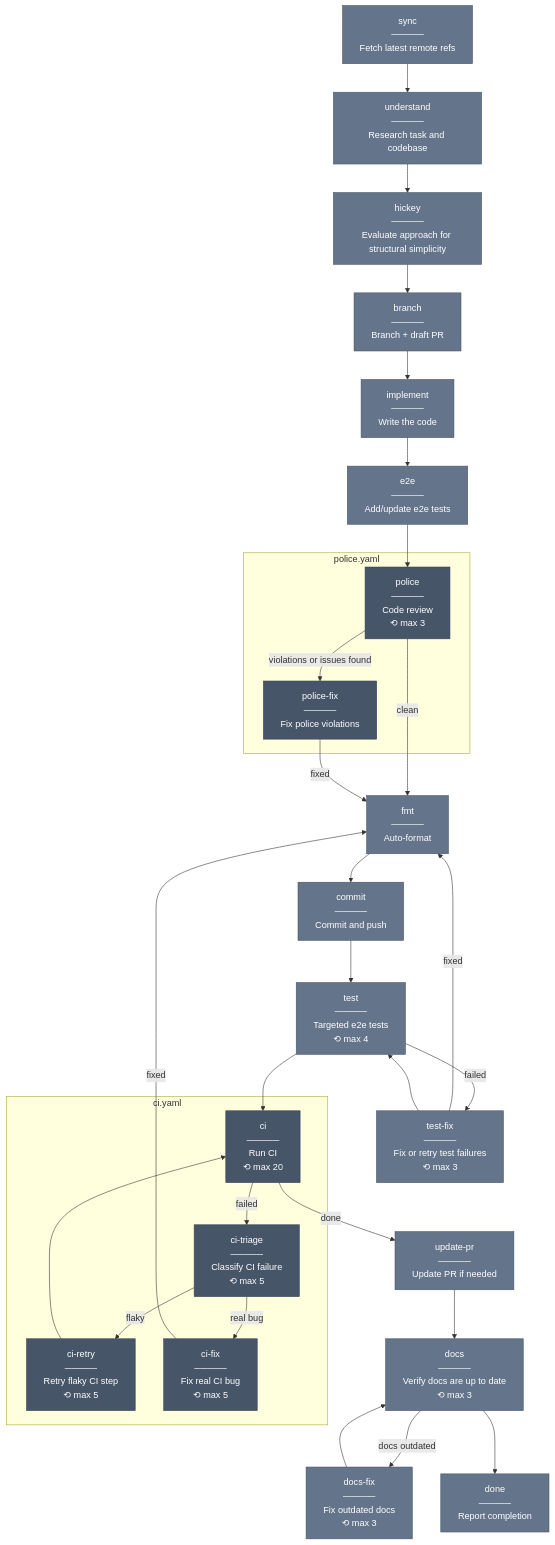
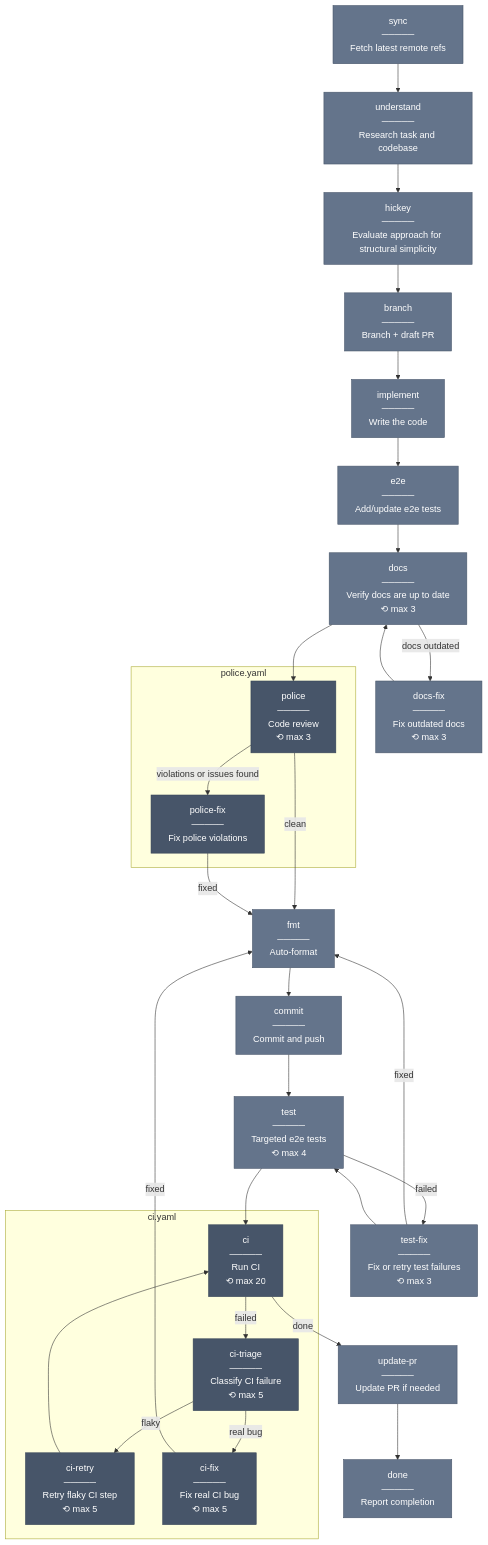
One commit to juspay/kolu changed the diagram in .claude/padi/README.md. Above: the diagram before and after it, drawn with Mermaid. The commit also changed 1 other file, not shown here.

Commit message:
refactor(padi): move docs check after implementation, before police
Docs now runs right after e2e (implement → e2e → docs → police → fmt
→ commit → test → ci → update-pr → done). Doc fixes flow back through
docs loop, then into police/fmt/commit naturally. Removed hardcoded
fmt/commit/push from docs-fix.

````diff
--- a/.claude/padi/README.md
+++ b/.claude/padi/README.md
@@ -45,62 +45,62 @@
 ```mermaid
 flowchart TD
   sync["sync\n─────\nFetch latest remote refs"]
   understand["understand\n─────\nResearch task and codebase"]
   hickey["hickey\n─────\nEvaluate approach for structural simplicity"]
   branch["branch\n─────\nBranch + draft PR"]
   implement["implement\n─────\nWrite the code"]
   e2e["e2e\n─────\nAdd/update e2e tests"]
+  docs["docs\n─────\nVerify docs are up to date\n⟲ max 3"]
+  docs-fix["docs-fix\n─────\nFix outdated docs\n⟲ max 3"]
 
   subgraph "police.yaml"
     police["police\n─────\nCode review\n⟲ max 3"]
     police-fix["police-fix\n─────\nFix police violations"]
   end
 
   fmt["fmt\n─────\nAuto-format"]
   commit["commit\n─────\nCommit and push"]
   test["test\n─────\nTargeted e2e tests\n⟲ max 4"]
   test-fix["test-fix\n─────\nFix or retry test failures\n⟲ max 3"]
 
   subgraph "ci.yaml"
     ci["ci\n─────\nRun CI\n⟲ max 20"]
     ci-triage["ci-triage\n─────\nClassify CI failure\n⟲ max 5"]
     ci-retry["ci-retry\n─────\nRetry flaky CI step\n⟲ max 5"]
     ci-fix["ci-fix\n─────\nFix real CI bug\n⟲ max 5"]
   end
 
   update-pr["update-pr\n─────\nUpdate PR if needed"]
-  docs["docs\n─────\nVerify docs are up to date\n⟲ max 3"]
-  docs-fix["docs-fix\n─────\nFix outdated docs\n⟲ max 3"]
   done["done\n─────\nReport completion"]
 
   sync --> understand
   understand --> hickey
   hickey --> branch
   branch --> implement
   implement --> e2e
-  e2e --> police
+  e2e --> docs
+  docs -->|"docs outdated"| docs-fix
+  docs --> police
+  docs-fix --> docs
   police -->|"violations or issues found"| police-fix
   police -->|"clean"| fmt
   police-fix -->|"fixed"| fmt
   fmt --> commit
   commit --> test
   test -->|"failed"| test-fix
   test --> ci
   test-fix -->|"fixed"| fmt
   test-fix --> test
   ci -->|"failed"| ci-triage
   ci -->|"done"| update-pr
   ci-triage -->|"flaky"| ci-retry
   ci-triage -->|"real bug"| ci-fix
   ci-retry --> ci
   ci-fix -->|"fixed"| fmt
-  update-pr --> docs
-  docs -->|"docs outdated"| docs-fix
-  docs --> done
-  docs-fix --> docs
+  update-pr --> done
 
   classDef included fill:#475569,stroke:#334155,color:#fff
   classDef local fill:#64748b,stroke:#475569,color:#fff
   class police,police-fix,ci,ci-triage,ci-retry,ci-fix included
   class sync,understand,hickey,branch,implement,e2e,fmt,commit,test,test-fix,update-pr,docs,docs-fix,done local
 ```
````
